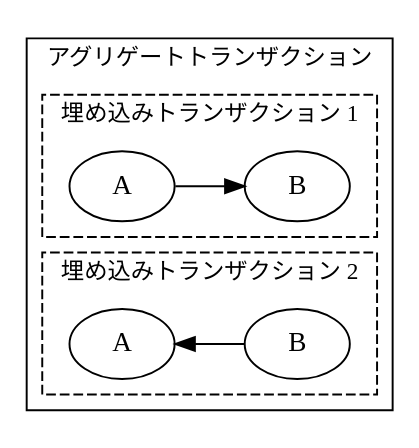
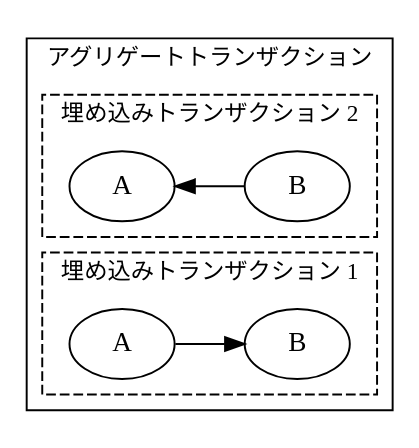
The second of 3 diagrams in mkdocs/pages/ja/textbook/transactions.md (symbol/symbol), drawn with Graphviz before and after one commit. The commit also changed other lines of this file and 9 other files, not shown here.

First line of the commit message:
[mkdocs] fix: proper order of graph clusters

````diff
--- a/mkdocs/pages/ja/textbook/transactions.md
+++ b/mkdocs/pages/ja/textbook/transactions.md
@@ -65,26 +65,26 @@
     ```dot
     digraph {
         rankdir="LR";
         fontsize=12;
         subgraph clusterAggregate {
             label = "アグリゲートトランザクション";
             tooltip = "アグリゲートトランザクション";
+            subgraph clusterT2 {
+                label = "埋め込みトランザクション 2";
+                tooltip = "埋め込みトランザクション 2";
+                style = dashed;
+                A2 [label="A" tooltip="A"];
+                B2 [label="B" tooltip="B"];
+                A2 -> B2 [dir=back];
+            }
             subgraph clusterT1 {
                 label = "埋め込みトランザクション 1";
                 tooltip = "埋め込みトランザクション 1";
                 style = dashed;
                 A1 [label="A" tooltip="A"];
                 B1 [label="B" tooltip="B"];
                 A1 -> B1;
             }
-            subgraph clusterT2 {
-                label = "埋め込みトランザクション 2";
-                tooltip = "埋め込みトランザクション 2";
-                style = dashed;
-                A2 [label="A" tooltip="A"];
-                B2 [label="B" tooltip="B"];
-                A2 -> B2 [dir=back];
-            }
         }
     }
     ```
````
